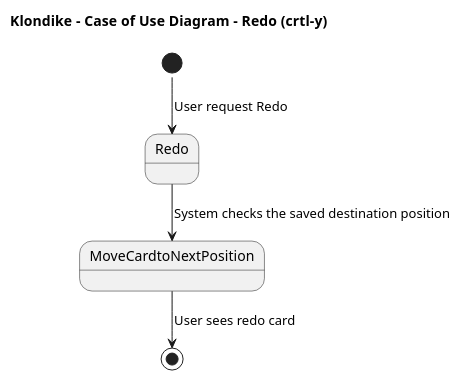
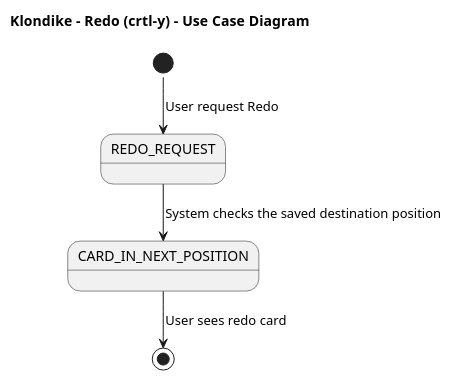
The diagram in 2 Modelo de vistas de caso de uso/Diagrama de caso de uso - Redo.plantuml (AngelOS95P/Maestria_IngSoftware_grupo6), drawn with PlantUML before and after one commit. The commit also changed 16 other files, not shown here.

```diff
--- a/2 Modelo de vistas de caso de uso/Diagrama de caso de uso - Redo.plantuml
+++ b/2 Modelo de vistas de caso de uso/Diagrama de caso de uso - Redo.plantuml
@@ -1,10 +1,12 @@
-@startuml DetailActivityDiagram
-title Klondike  - Case of Use Diagram - Redo (crtl-y)
+@startuml UCRedo
 !pragma layout smetana
+title Klondike  - Redo (crtl-y) - Use Case Diagram
 
-state Redo
-state MoveCardtoNextPosition
-[*] --> Redo : User request Redo
-Redo --> MoveCardtoNextPosition: System checks the saved destination position
-MoveCardtoNextPosition -->[*]: User sees redo card 
+state REDO_REQUEST
+state CARD_IN_NEXT_POSITION
+
+[*] --> REDO_REQUEST: User request Redo
+REDO_REQUEST --> CARD_IN_NEXT_POSITION: System checks the saved destination position
+CARD_IN_NEXT_POSITION --> [*]: User sees redo card
+
 @enduml
```
